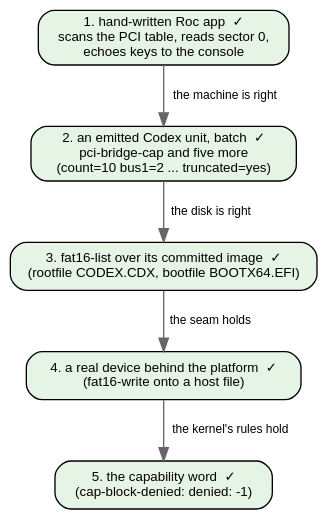
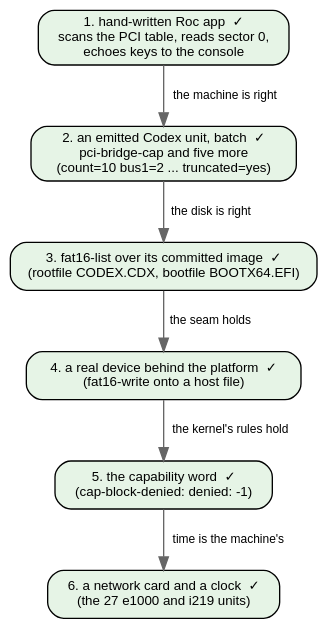
One commit to showell/essay-repl-server changed the tenth of 10 diagrams in notes/roc-machine-emulator.md. Above: the diagram before and after it, drawn with Graphviz. The commit also changed other lines of this file, not shown here.

First line of the commit message:
roc-machine-emulator: step 6, a network card and a clock

````diff
--- a/notes/roc-machine-emulator.md
+++ b/notes/roc-machine-emulator.md
@@ -527,17 +583,19 @@
 ```dot
 digraph demo {
   rankdir=TB; bgcolor="transparent";
   node [shape=box style="rounded,filled" fontname="Helvetica" fontsize=10 fillcolor="#ffffff"];
   edge [fontname="Helvetica" fontsize=9 color="#666666"];
 
   a [label="1. hand-written Roc app  ✓\nscans the PCI table, reads sector 0,\nechoes keys to the console" fillcolor="#e6f4e6"];
   b [label="2. an emitted Codex unit, batch  ✓\npci-bridge-cap and five more\n(count=10 bus1=2 ... truncated=yes)" fillcolor="#e6f4e6"];
   c [label="3. fat16-list over its committed image  ✓\n(rootfile CODEX.CDX, bootfile BOOTX64.EFI)" fillcolor="#e6f4e6"];
   d [label="4. a real device behind the platform  ✓\n(fat16-write onto a host file)" fillcolor="#e6f4e6"];
   e [label="5. the capability word  ✓\n(cap-block-denied: denied: -1)" fillcolor="#e6f4e6"];
+  f [label="6. a network card and a clock  ✓\n(the 27 e1000 and i219 units)" fillcolor="#e6f4e6"];
   a -> b [label="the machine is right"];
   b -> c [label="the disk is right"];
   c -> d [label="the seam holds"];
   d -> e [label="the kernel's rules hold"];
+  e -> f [label="time is the machine's"];
 }
 ```
````
